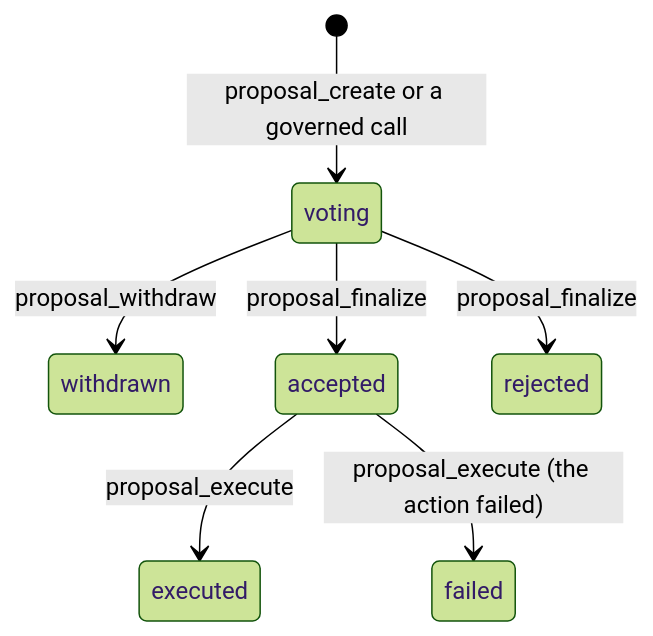
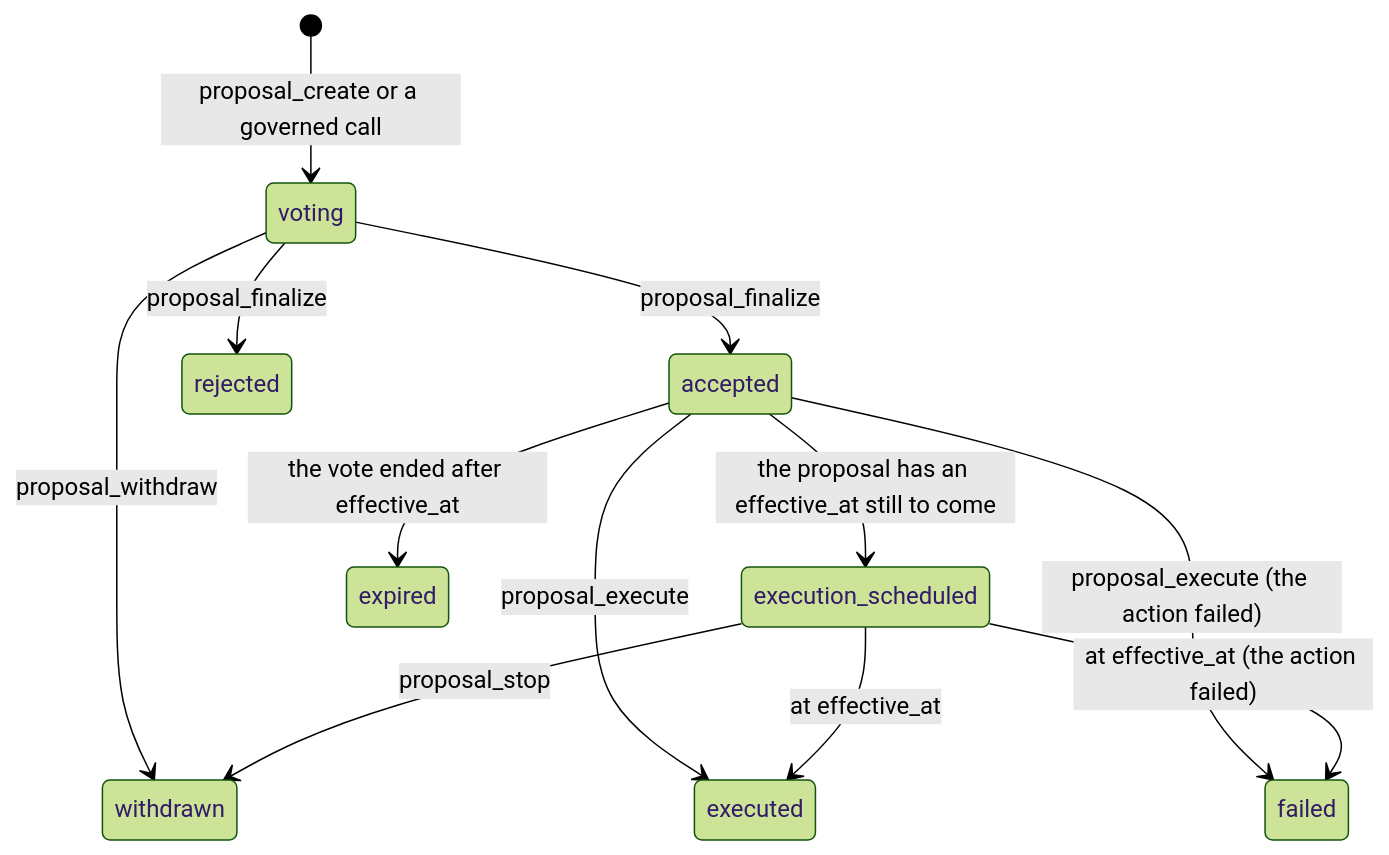
The diagram in docs/architecture/governance-and-delegation.md (smart-social-contracts/realms-gos), drawn with Mermaid (forest theme) before and after one commit. The commit also changed other lines of this file and 9 other files, not shown here.

````diff
--- a/docs/architecture/governance-and-delegation.md
+++ b/docs/architecture/governance-and-delegation.md
@@ -55,9 +55,14 @@
 ```mermaid
 stateDiagram-v2
     [*] --> voting: proposal_create or a governed call
     voting --> withdrawn: proposal_withdraw
     voting --> accepted: proposal_finalize
     voting --> rejected: proposal_finalize
     accepted --> executed: proposal_execute
     accepted --> failed: proposal_execute (the action failed)
+    accepted --> execution_scheduled: the proposal has an effective_at still to come
+    accepted --> expired: the vote ended after effective_at
+    execution_scheduled --> executed: at effective_at
+    execution_scheduled --> failed: at effective_at (the action failed)
+    execution_scheduled --> withdrawn: proposal_stop
 ```
````
